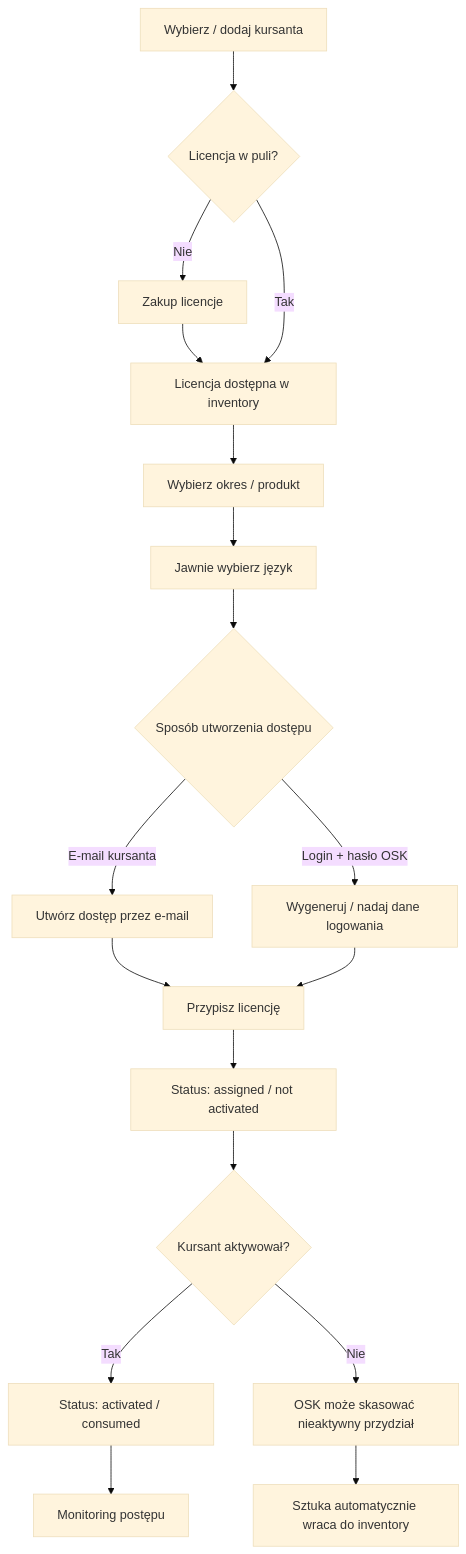
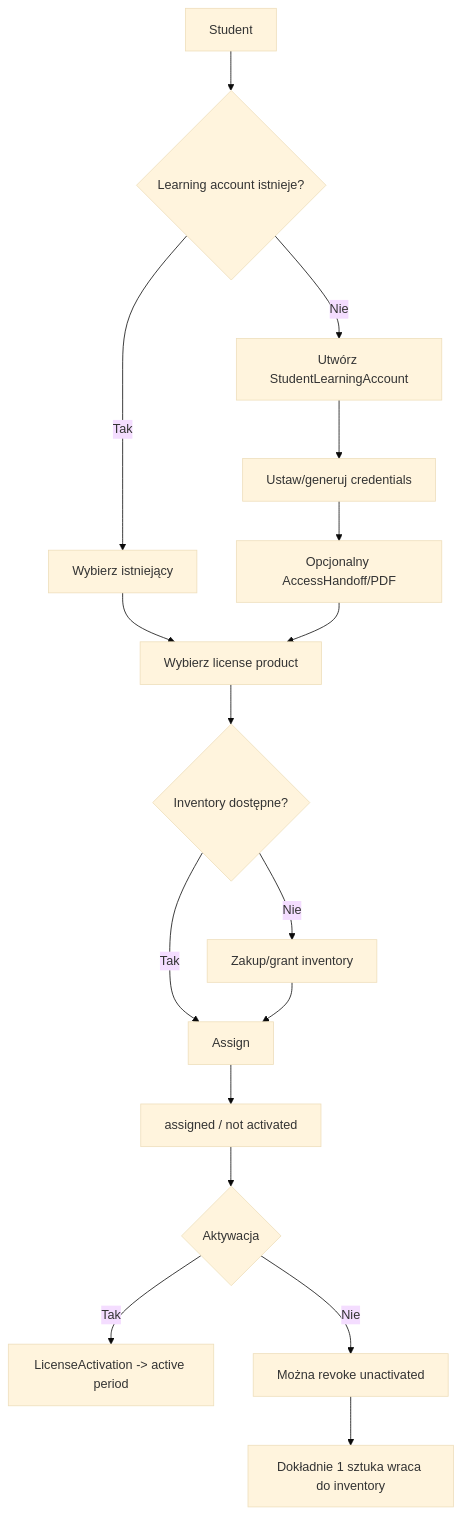
Before and after one commit to prawkonaraz100/osk-panel: the sixth of 9 diagrams in docs/03-user-flows.md, drawn with Mermaid (base theme). The commit also changed other lines of this file, not shown here.

Commit message:
docs: align user flows with consolidated core lifecycle

````diff
--- a/docs/03-user-flows.md
+++ b/docs/03-user-flows.md
@@ -39,20 +132,19 @@
 ```mermaid
 flowchart TD
-A[Wybierz / dodaj kursanta] --> B{Licencja w puli?}
-B -->|Nie| C[Zakup licencje]
-C --> D[Licencja dostępna w inventory]
-B -->|Tak| D
-D --> E[Wybierz okres / produkt]
-E --> F[Jawnie wybierz język]
-F --> G{Sposób utworzenia dostępu}
-G -->|E-mail kursanta| H[Utwórz dostęp przez e-mail]
-G -->|Login + hasło OSK| I[Wygeneruj / nadaj dane logowania]
-H --> J[Przypisz licencję]
+A[Student] --> B{Learning account istnieje?}
+B -->|Nie| C[Utwórz StudentLearningAccount]
+B -->|Tak| D[Wybierz istniejący]
+C --> E[Ustaw/generuj credentials]
+E --> F[Opcjonalny AccessHandoff/PDF]
+D --> G[Wybierz license product]
+F --> G
+G --> H{Inventory dostępne?}
+H -->|Nie| I[Zakup/grant inventory]
+H -->|Tak| J[Assign]
 I --> J
-J --> K[Status: assigned / not activated]
-K --> L{Kursant aktywował?}
-L -->|Tak| M[Status: activated / consumed]
-L -->|Nie| N[OSK może skasować nieaktywny przydział]
-N --> O[Sztuka automatycznie wraca do inventory]
-M --> P[Monitoring postępu]
+J --> K[assigned / not activated]
+K --> L{Aktywacja}
+L -->|Tak| M[LicenseActivation -> active period]
+L -->|Nie| N[Można revoke unactivated]
+N --> O[Dokładnie 1 sztuka wraca do inventory]
 ```
````
